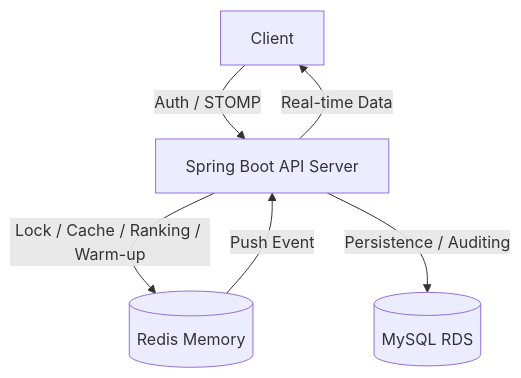
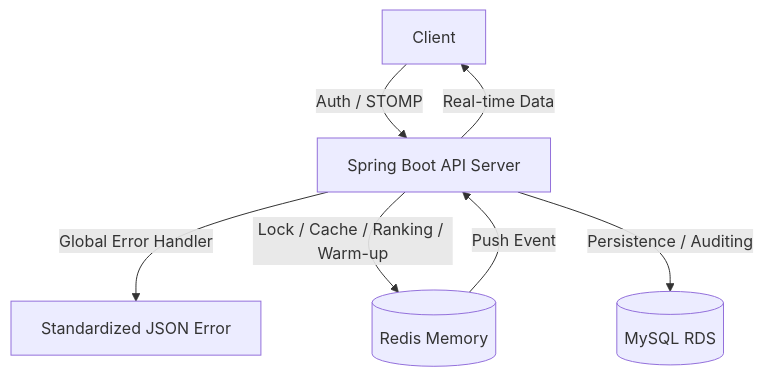
Before and after one commit to helloyoogs/tarot-insight-backend: the diagram in README.md, drawn with Mermaid. The commit also changed other lines of this file and 5 other files, not shown here.

Commit message:
[feat] 전역 예외 처리 시스템(GlobalExceptionHandler) 도입 및 프로젝트 최종 안정화 - @RestControllerAdvice 기반의 중앙 집중형 예외 관제탑 구현 - BusinessException 및 ErrorCode(Enum) 도입으로 일관된 에러 응답 규격(Status, Code, Message) 확보 - 클라이언트에게 내부 StackTrace 노출을 차단하여 보안성 강화 및 사용자 친절도 향상 - 데이터 포맷 및 비즈니스 로직 위반 시의 예외 시나리오 검증 완료

````diff
--- a/README.md
+++ b/README.md
@@ -33,8 +34,9 @@
 ```mermaid
 graph TD
     Client[Client] -->|Auth / STOMP| Server[Spring Boot API Server]
+    Server -->|Global Error Handler| Response[Standardized JSON Error]
     Server -->|Lock / Cache / Ranking / Warm-up| Redis[(Redis Memory)]
     Server -->|Persistence / Auditing| MySQL[(MySQL RDS)]
     Redis -->|Push Event| Server
     Server -->|Real-time Data| Client
 ```
````
